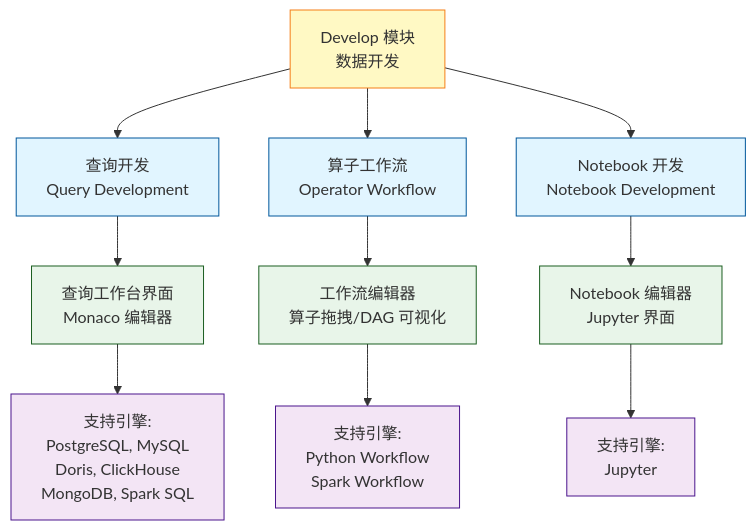
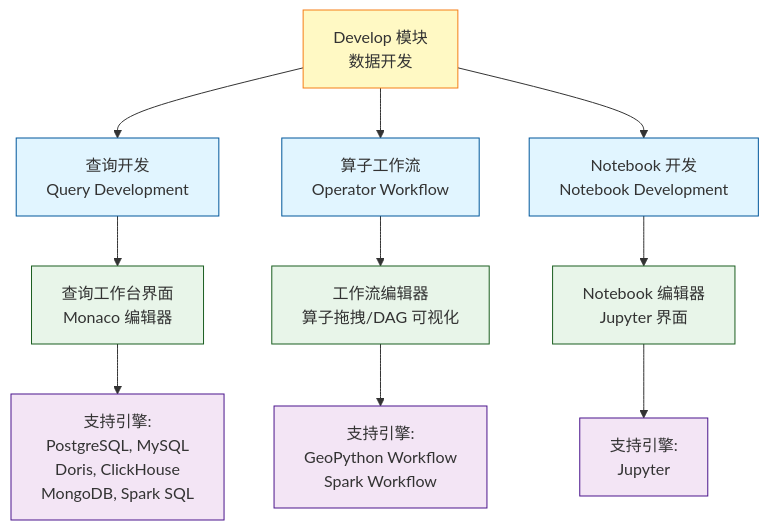
Before and after one commit to pampa0629/addp: the first of 5 diagrams in docs/concepts/addp数据开发体系图.md, drawn with Mermaid. The commit also changed other lines of this file and 175 other files, not shown here.

````diff
--- a/docs/concepts/addp数据开发体系图.md
+++ b/docs/concepts/addp数据开发体系图.md
@@ -21,28 +21,28 @@
 ```mermaid
 graph TB
     Develop[Develop 模块<br/>数据开发]
 
     Develop --> Query[查询开发<br/>Query Development]
     Develop --> Workflow[算子工作流<br/>Operator Workflow]
     Develop --> Notebook[Notebook 开发<br/>Notebook Development]
 
     Query --> QueryUI[查询工作台界面<br/>Monaco 编辑器]
     Workflow --> WorkflowUI[工作流编辑器<br/>算子拖拽/DAG 可视化]
     Notebook --> NotebookUI[Notebook 编辑器<br/>Jupyter 界面]
 
     QueryUI --> QueryEngine[支持引擎:<br/>PostgreSQL, MySQL<br/>Doris, ClickHouse<br/>MongoDB, Spark SQL]
 
-    WorkflowUI --> WorkflowEngine[支持引擎:<br/>Python Workflow<br/>Spark Workflow]
+    WorkflowUI --> WorkflowEngine[支持引擎:<br/>GeoPython Workflow<br/>Spark Workflow]
 
     NotebookUI --> NotebookEngine[支持引擎:<br/>Jupyter]
 
     classDef module fill:#fff9c4,stroke:#f57f17
     classDef mode fill:#e1f5ff,stroke:#01579b
     classDef ui fill:#e8f5e9,stroke:#1b5e20
     classDef engine fill:#f3e5f5,stroke:#4a148c
 
     class Develop module
     class Query,Workflow,Notebook mode
     class QueryUI,WorkflowUI,NotebookUI ui
     class QueryEngine,WorkflowEngine,NotebookEngine engine
 ```
````
